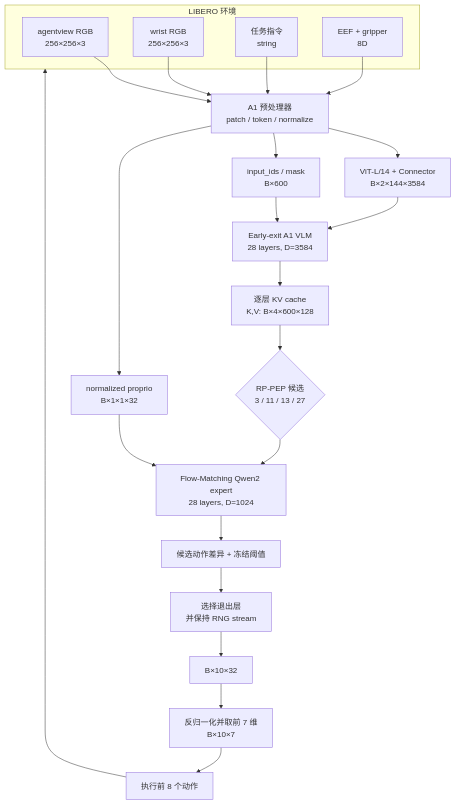
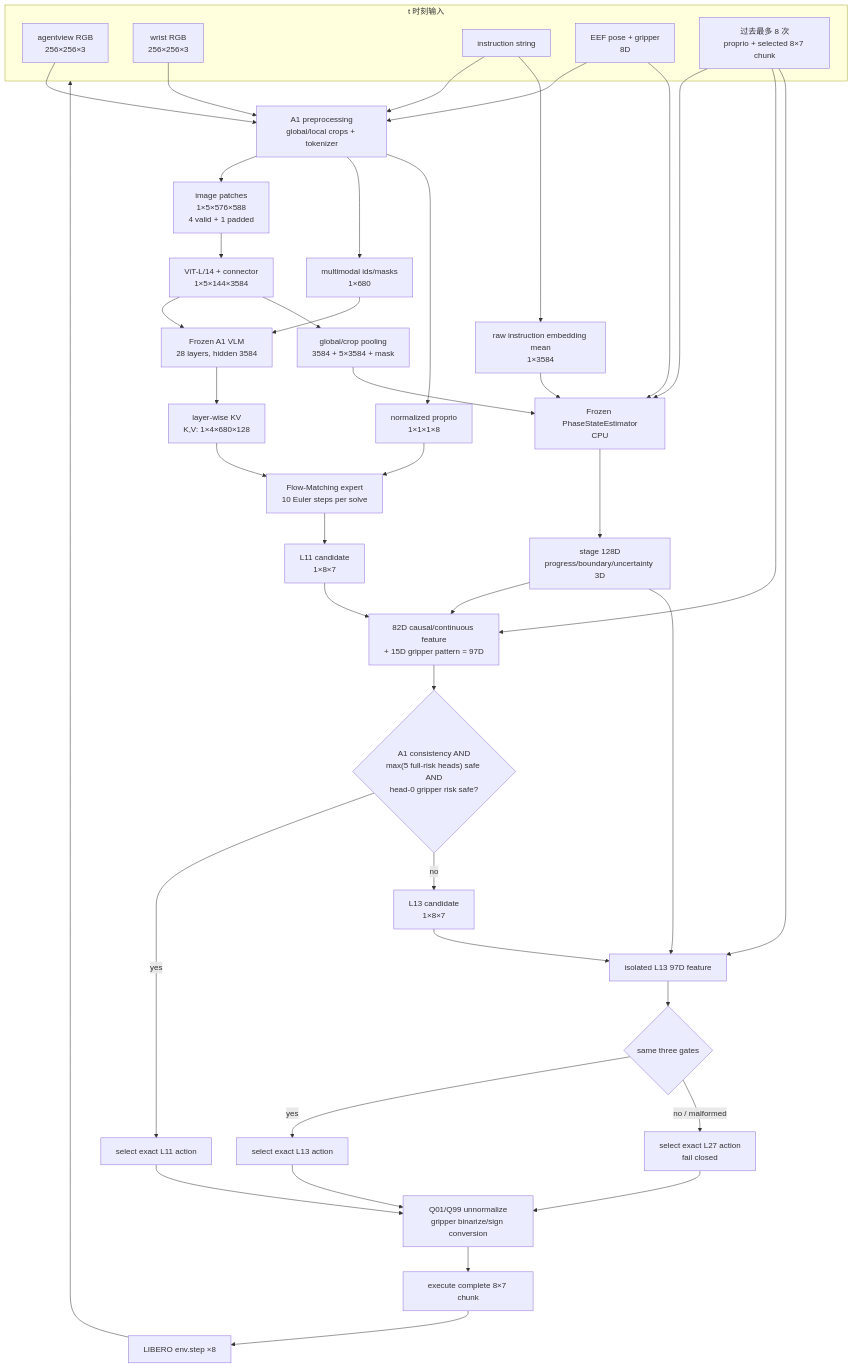
Before and after one commit to HAOzheng0201/PhaseRoute-VLA: the first of 2 diagrams in docs/PHASEROUTE_ARCHITECTURE_ZH.md, drawn with Mermaid. The commit also changed other lines of this file and 25 other files, not shown here.

````diff
--- a/docs/PHASEROUTE_ARCHITECTURE_ZH.md
+++ b/docs/PHASEROUTE_ARCHITECTURE_ZH.md
@@ -7,29 +9,54 @@
 ```mermaid
 flowchart TD
-    subgraph ENV["LIBERO 环境"]
+    subgraph INPUT["t 时刻输入"]
       RGB1["agentview RGB<br/>256×256×3"]
       RGB2["wrist RGB<br/>256×256×3"]
-      LANG["任务指令<br/>string"]
-      STATE["EEF + gripper<br/>8D"]
+      LANG["instruction string"]
+      PROP["EEF pose + gripper<br/>8D"]
+      HIST["过去最多 8 次<br/>proprio + selected 8×7 chunk"]
     end
 
     RGB1 --> PRE
     RGB2 --> PRE
     LANG --> PRE
-    STATE --> PRE
-    PRE["A1 预处理器<br/>patch / token / normalize"] --> VIS["ViT-L/14 + Connector<br/>B×2×144×3584"]
-    PRE --> TOK["input_ids / mask<br/>B×600"]
-    PRE --> PRO["normalized proprio<br/>B×1×1×32"]
-    VIS --> VLM
-    TOK --> VLM["Early-exit A1 VLM<br/>28 layers, D=3584"]
-    VLM --> KV["逐层 KV cache<br/>K,V: B×4×600×128"]
-    KV --> ROUTE{"RP-PEP 候选<br/>3 / 11 / 13 / 27"}
+    PROP --> PRE
+    PRE["A1 preprocessing<br/>global/local crops + tokenizer"] --> IMG["image patches<br/>1×5×576×588<br/>4 valid + 1 padded"]
+    PRE --> TOK["multimodal ids/masks<br/>1×680"]
+    PRE --> PRO["normalized proprio<br/>1×1×1×8"]
+
+    IMG --> VIS["ViT-L/14 + connector<br/>1×5×144×3584"]
+    VIS --> VLM["Frozen A1 VLM<br/>28 layers, hidden 3584"]
+    TOK --> VLM
+    VLM --> KV["layer-wise KV<br/>K,V: 1×4×680×128"]
+    KV --> FM["Flow-Matching expert<br/>10 Euler steps per solve"]
     PRO --> FM
-    ROUTE --> FM["Flow-Matching Qwen2 expert<br/>28 layers, D=1024"]
-    FM --> DELTA["候选动作差异 + 冻结阈值"]
-    DELTA --> EXIT["选择退出层<br/>并保持 RNG stream"]
-    EXIT --> ACT32["B×10×32"]
-    ACT32 --> ACT7["反归一化并取前 7 维<br/>B×10×7"]
-    ACT7 --> QUEUE["执行前 8 个动作"]
-    QUEUE --> ENV
+
+    VIS --> POOL["global/crop pooling<br/>3584 + 5×3584 + mask"]
+    LANG --> IL["raw instruction embedding mean<br/>1×3584"]
+    PROP --> PHASE
+    HIST --> PHASE
+    POOL --> PHASE["Frozen PhaseStateEstimator<br/>CPU"]
+    IL --> PHASE
+    PHASE --> PS["stage 128D<br/>progress/boundary/uncertainty 3D"]
+
+    FM --> C11["L11 candidate<br/>1×8×7"]
+    C11 --> F11["82D causal/continuous feature<br/>+ 15D gripper pattern = 97D"]
+    PS --> F11
+    HIST --> F11
+    F11 --> R11{"A1 consistency AND<br/>max(5 full-risk heads) safe AND<br/>head-0 gripper risk safe?"}
+    R11 -->|yes| A11["select exact L11 action"]
+    R11 -->|no| C13["L13 candidate<br/>1×8×7"]
+    C13 --> F13["isolated L13 97D feature"]
+    PS --> F13
+    HIST --> F13
+    F13 --> R13{"same three gates"}
+    R13 -->|yes| A13["select exact L13 action"]
+    R13 -->|no / malformed| A27["select exact L27 action<br/>fail closed"]
+
+    A11 --> POST["Q01/Q99 unnormalize<br/>gripper binarize/sign conversion"]
+    A13 --> POST
+    A27 --> POST
+    POST --> QUEUE["execute complete 8×7 chunk"]
+    QUEUE --> ENV["LIBERO env.step ×8"]
+    ENV --> INPUT
 ```
````
